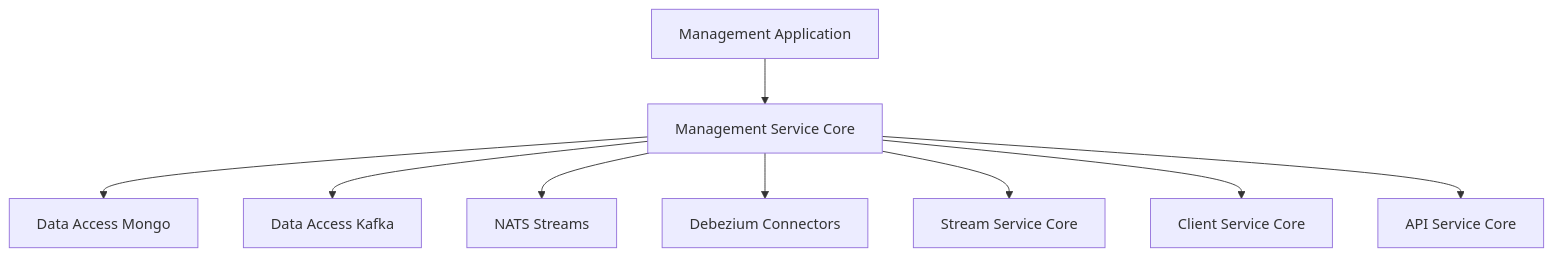
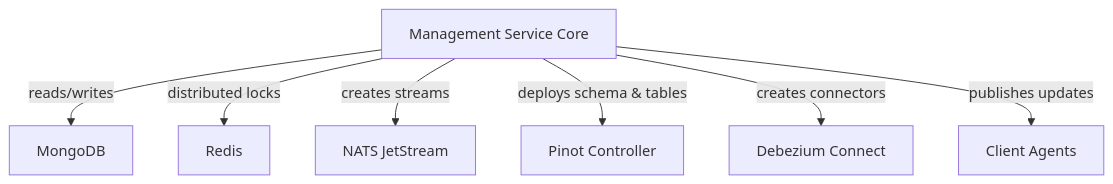
The first of 5 diagrams in docs/architecture/management-service-core/management-service-core.md (Praesto-Pro/openframe-oss-tenant), drawn with Mermaid before and after one commit. The commit also changed other lines of this file and 214 other files, not shown here.

````diff
--- a/docs/architecture/management-service-core/management-service-core.md
+++ b/docs/architecture/management-service-core/management-service-core.md
@@ -22,13 +29,17 @@
 ```mermaid
 flowchart TD
-    ManagementApp["Management Application"] --> MgmtCore["Management Service Core"]
+    Management["Management Service Core"]
+    Mongo["MongoDB"]
+    Redis["Redis"]
+    NATS["NATS JetStream"]
+    Pinot["Pinot Controller"]
+    Debezium["Debezium Connect"]
+    ClientAgents["Client Agents"]
 
-    MgmtCore --> Mongo["Data Access Mongo"]
-    MgmtCore --> Kafka["Data Access Kafka"]
-    MgmtCore --> Nats["NATS Streams"]
-    MgmtCore --> Debezium["Debezium Connectors"]
-
-    MgmtCore --> StreamCore["Stream Service Core"]
-    MgmtCore --> ClientCore["Client Service Core"]
-    MgmtCore --> ApiCore["API Service Core"]
+    Management -->|"reads/writes"| Mongo
+    Management -->|"distributed locks"| Redis
+    Management -->|"creates streams"| NATS
+    Management -->|"deploys schema & tables"| Pinot
+    Management -->|"creates connectors"| Debezium
+    Management -->|"publishes updates"| ClientAgents
 ```
````
